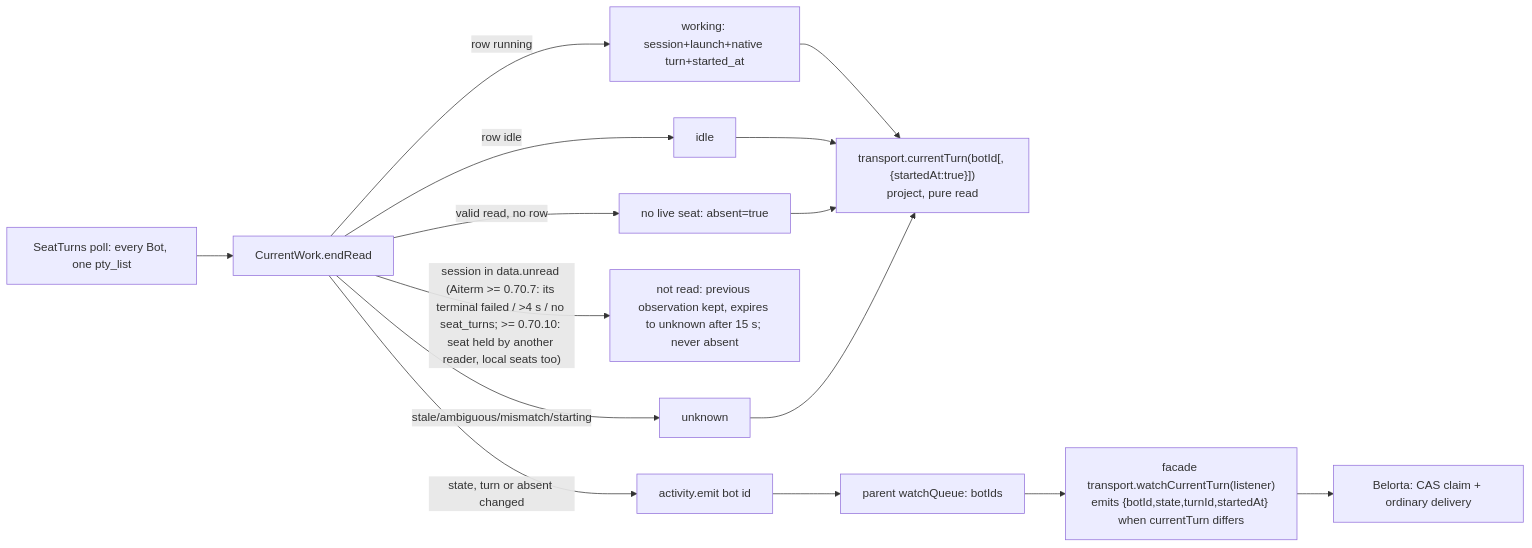
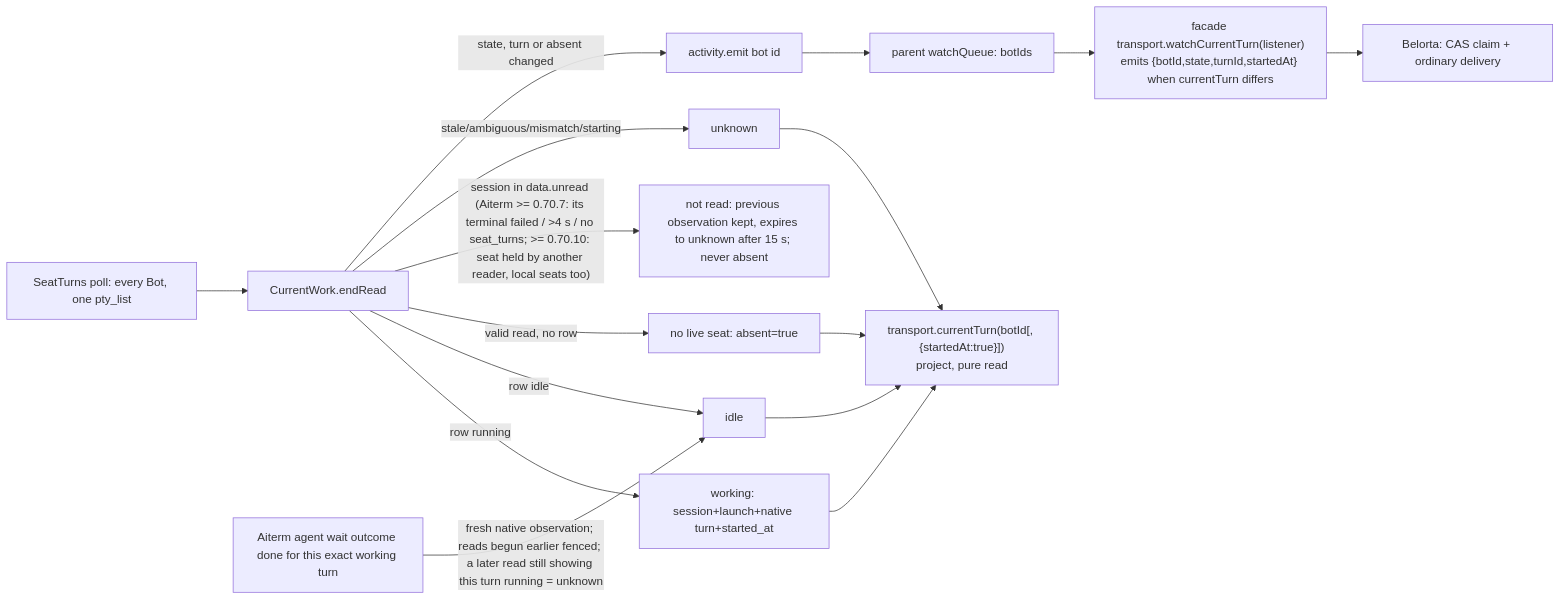
One commit to kitepon/BellTeam changed the second of 3 diagrams in docs/architecture/modules/execution/current-work.md. Above: the diagram before and after it, drawn with Mermaid. The commit also changed other lines of this file and 2 other files, not shown here.

First line of the commit message:
CurrentWork: a done turn reads idle at once instead of unknown until the next read

````diff
--- a/docs/architecture/modules/execution/current-work.md
+++ b/docs/architecture/modules/execution/current-work.md
@@ -85,14 +85,15 @@
 ```mermaid
 flowchart LR
   Poll[SeatTurns poll: every Bot, one pty_list] --> EndRead[CurrentWork.endRead]
   EndRead -->|row running| Working[working: session+launch+native turn+started_at]
   EndRead -->|row idle| Idle[idle]
   EndRead -->|valid read, no row| Absent[no live seat: absent=true]
   EndRead -->|"session in data.unread (Aiterm >= 0.70.7: its terminal failed / >4 s / no seat_turns; >= 0.70.10: seat held by another reader, local seats too)"| Unread[not read: previous observation kept, expires to unknown after 15 s; never absent]
   EndRead -->|stale/ambiguous/mismatch/starting| Unknown[unknown]
+  Done["Aiterm agent wait outcome done for this exact working turn"] -->|"fresh native observation; reads begun earlier fenced; a later read still showing this turn running = unknown"| Idle
   Working & Idle & Absent & Unknown --> Turn["transport.currentTurn(botId[, {startedAt:true}])<br/>project, pure read"]
   EndRead -->|state, turn or absent changed| Notify[activity.emit bot id]
   Notify --> Queue[parent watchQueue: botIds]
   Queue --> Watch["facade transport.watchCurrentTurn(listener)<br/>emits {botId,state,turnId,startedAt} when currentTurn differs"]
   Watch --> Scheduler[Belorta: CAS claim + ordinary delivery]
 ```
````
